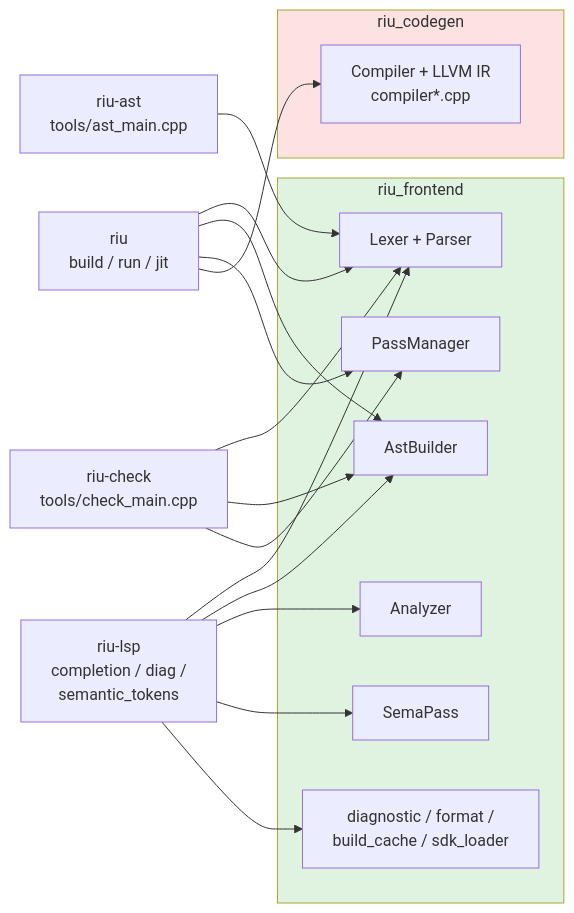
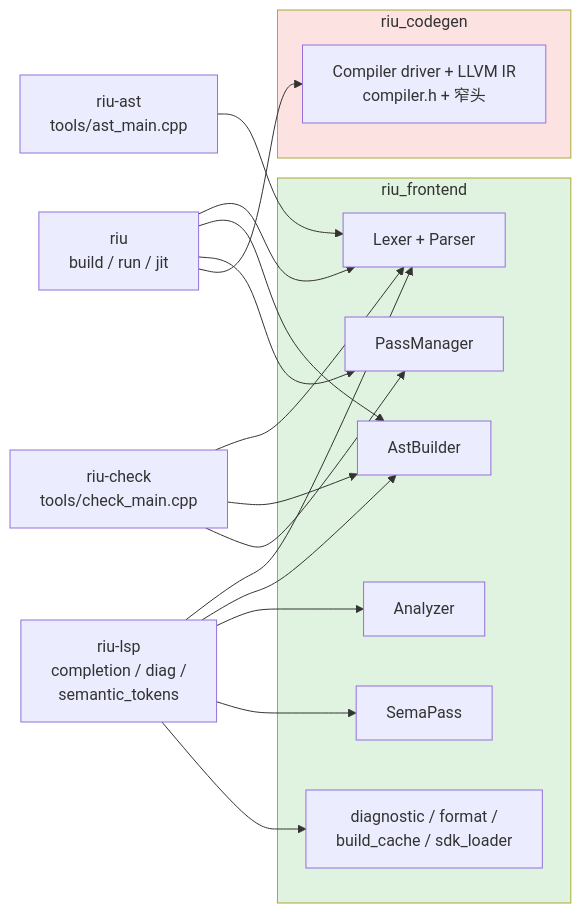
Before and after one commit to riu-lang/riu: the third of 6 diagrams in riu.md, drawn with Mermaid. The commit also changed other lines of this file and 10 other files, not shown here.

````diff
--- a/riu.md
+++ b/riu.md
@@ -97,23 +97,23 @@
 ```mermaid
 flowchart LR
     subgraph FE [riu_frontend]
         L[Lexer + Parser]
         B[AstBuilder]
         PM[PassManager]
         A[Analyzer]
         S[SemaPass]
         D[diagnostic / format /<br/>build_cache / sdk_loader]
     end
 
     subgraph CG [riu_codegen]
-        C[Compiler + LLVM IR<br/>compiler*.cpp]
+        C[Compiler driver + LLVM IR<br/>compiler.h + 窄头]
     end
 
     riubin[riu<br/>build / run / jit] --> L & B & PM & C
     lspbin[riu-lsp<br/>completion / diag /<br/>semantic_tokens] --> L & B & A & S & D
     astbin[riu-ast<br/>tools/ast_main.cpp] --> L
     checkbin[riu-check<br/>tools/check_main.cpp] --> L & B & PM
 
     style CG fill:#fde2e2
     style FE fill:#e0f3e0
 ```
````
